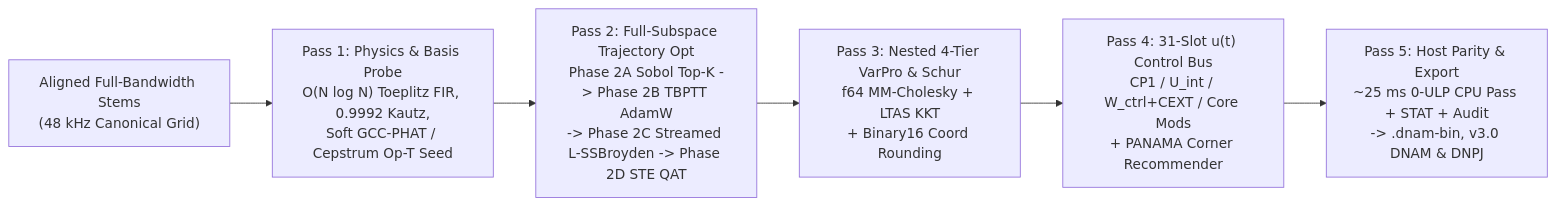
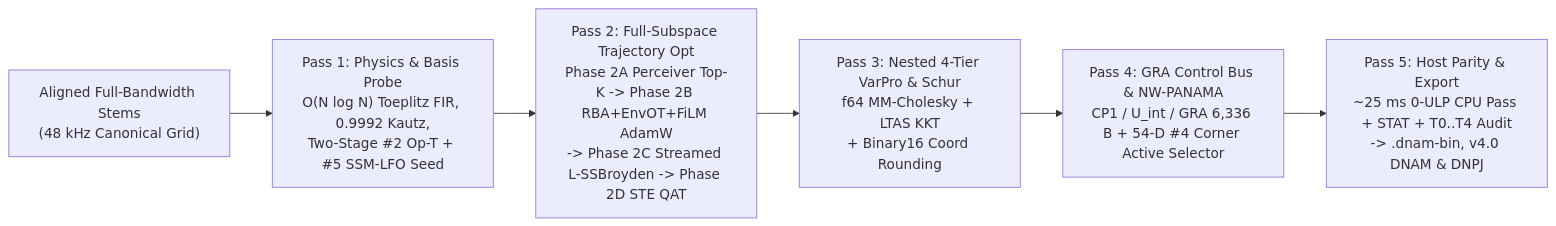
The first of 2 diagrams in docs/specs/training/webgpu_and_varpro_solver.md (mokugen/dnam), drawn with Mermaid before and after one commit. The commit also changed other lines of this file and 16 other files, not shown here.

````diff
--- a/docs/specs/training/webgpu_and_varpro_solver.md
+++ b/docs/specs/training/webgpu_and_varpro_solver.md
@@ -40,8 +49,8 @@
 ```mermaid
 flowchart LR
-    Stems["Aligned Full-Bandwidth Stems<br/>(48 kHz Canonical Grid)"] --> P1["Pass 1: Physics & Basis Probe<br/>O(N log N) Toeplitz FIR, 0.9992 Kautz,<br/>Soft GCC-PHAT / Cepstrum Op-T Seed"]
-    P1 --> P2["Pass 2: Full-Subspace Trajectory Opt<br/>Phase 2A Sobol Top-K -> Phase 2B TBPTT AdamW<br/>-> Phase 2C Streamed L-SSBroyden -> Phase 2D STE QAT"]
+    Stems["Aligned Full-Bandwidth Stems<br/>(48 kHz Canonical Grid)"] --> P1["Pass 1: Physics & Basis Probe<br/>O(N log N) Toeplitz FIR, 0.9992 Kautz,<br/>Two-Stage #2 Op-T + #5 SSM-LFO Seed"]
+    P1 --> P2["Pass 2: Full-Subspace Trajectory Opt<br/>Phase 2A Perceiver Top-K -> Phase 2B RBA+EnvOT+FiLM AdamW<br/>-> Phase 2C Streamed L-SSBroyden -> Phase 2D STE QAT"]
     P2 --> P3["Pass 3: Nested 4-Tier VarPro & Schur<br/>f64 MM-Cholesky + LTAS KKT<br/>+ Binary16 Coord Rounding"]
-    P3 --> P4["Pass 4: 31-Slot u(t) Control Bus<br/>CP1 / U_int / W_ctrl+CEXT / Core Mods<br/>+ PANAMA Corner Recommender"]
-    P4 --> P5["Pass 5: Host Parity & Export<br/>~25 ms 0-ULP CPU Pass + STAT + Audit<br/>-> .dnam-bin, v3.0 DNAM & DNPJ"]
+    P3 --> P4["Pass 4: GRA Control Bus & NW-PANAMA<br/>CP1 / U_int / GRA 6,336 B + 54-D #4 Corner Active Selector"]
+    P4 --> P5["Pass 5: Host Parity & Export<br/>~25 ms 0-ULP CPU Pass + STAT + T0..T4 Audit<br/>-> .dnam-bin, v4.0 DNAM & DNPJ"]
 ```
````
